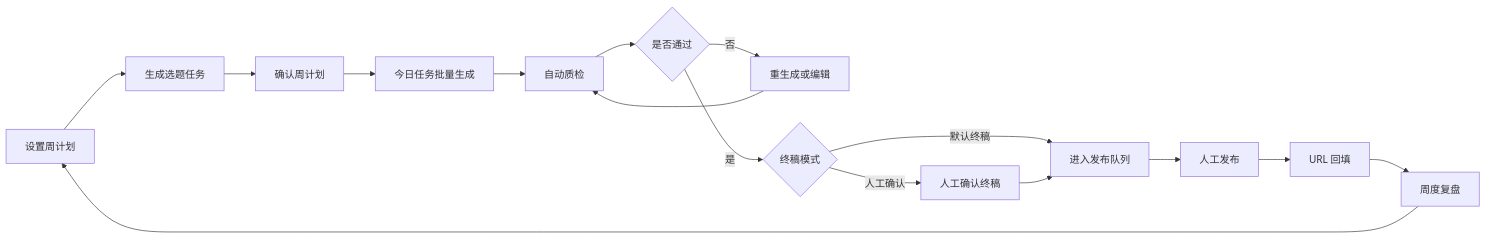
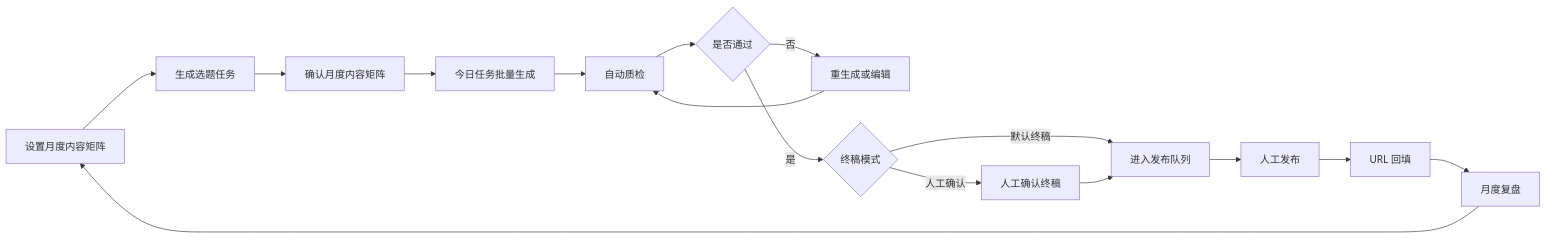
Before and after one commit to 1736280642-Star/gtm-content-growth-workbench: the second of 3 diagrams in design/low-fi-prototype.md, drawn with Mermaid. The commit also changed other lines of this file and 213 other files, not shown here.

Commit message:
feat: consolidate V5 workbench production flow

````diff
--- a/design/low-fi-prototype.md
+++ b/design/low-fi-prototype.md
@@ -494,18 +493,18 @@
 ```mermaid
 flowchart LR
-    A["设置周计划"] --> B["生成选题任务"]
-    B --> C["确认周计划"]
+    A["设置月度内容矩阵"] --> B["生成选题任务"]
+    B --> C["确认月度内容矩阵"]
     C --> D["今日任务批量生成"]
     D --> E["自动质检"]
     E --> F{"是否通过"}
     F -->|否| G["重生成或编辑"]
     G --> E
     F -->|是| H{"终稿模式"}
     H -->|默认终稿| I["进入发布队列"]
     H -->|人工确认| J["人工确认终稿"]
     J --> I
     I --> K["人工发布"]
     K --> L["URL 回填"]
-    L --> M["周度复盘"]
+    L --> M["月度复盘"]
     M --> A
 ```
````
